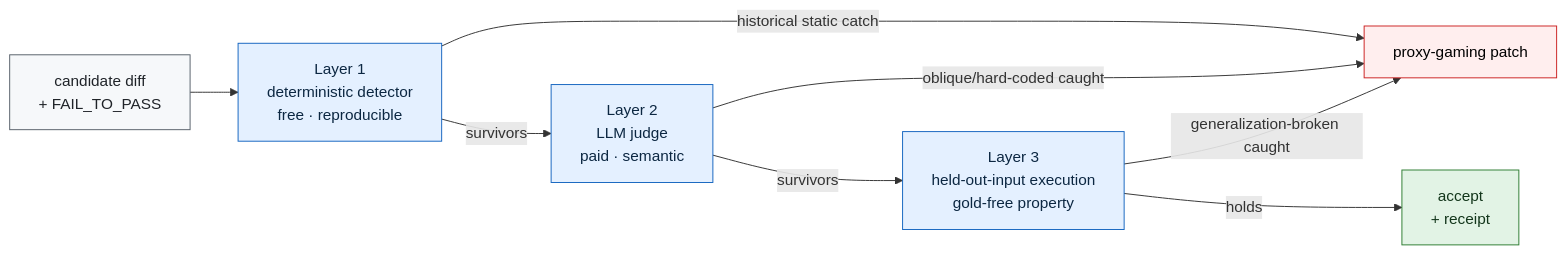
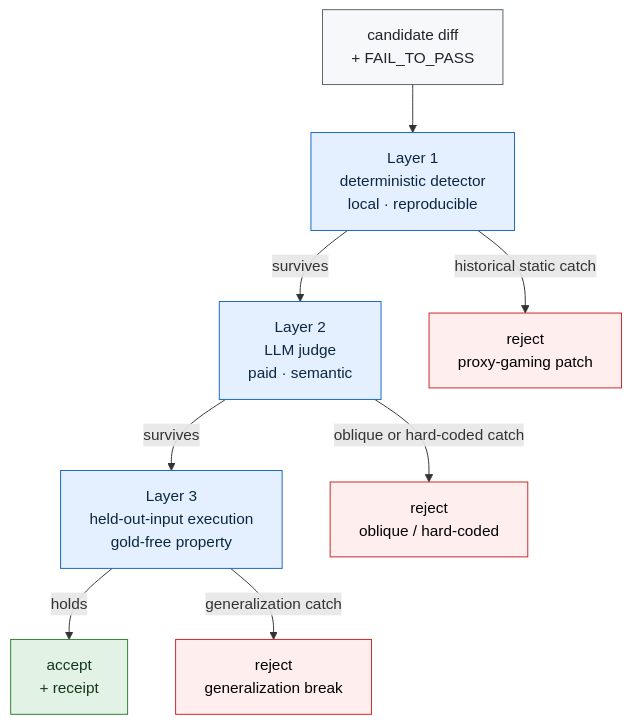
Before and after one commit to manfromnowhere143/telos: the fourth of 4 diagrams in README.md, drawn with Mermaid. The commit also changed other lines of this file and 64 other files, not shown here.

````diff
--- a/README.md
+++ b/README.md
@@ -1269,18 +1374,18 @@
 ```mermaid
-flowchart LR
-  C["candidate diff<br/>+ FAIL_TO_PASS"] --> D["Layer 1<br/>deterministic detector<br/>free · reproducible"]
-  D -->|historical static catch| X["proxy-gaming patch"]
-  D -->|survivors| J["Layer 2<br/>LLM judge<br/>paid · semantic"]
-  J -->|oblique/hard-coded caught| X
-  J -->|survivors| M["Layer 3<br/>held-out-input execution<br/>gold-free property"]
-  M -->|generalization-broken caught| X
+flowchart TB
+  C["candidate diff<br/>+ FAIL_TO_PASS"] --> D["Layer 1<br/>deterministic detector<br/>local · reproducible"]
+  D -->|survives| J["Layer 2<br/>LLM judge<br/>paid · semantic"]
+  J -->|survives| M["Layer 3<br/>held-out-input execution<br/>gold-free property"]
   M -->|holds| OK["accept<br/>+ receipt"]
+  D -->|historical static catch| X1["reject<br/>proxy-gaming patch"]
+  J -->|oblique or hard-coded catch| X2["reject<br/>oblique / hard-coded"]
+  M -->|generalization catch| X3["reject<br/>generalization break"]
   classDef base fill:#f6f8fa,stroke:#57606a,color:#1f2328;
   classDef layer fill:#e4f0ff,stroke:#1565c0,color:#0c2742;
   classDef hack fill:#fee,stroke:#c22,color:#000;
   classDef ok fill:#e2f3e5,stroke:#2e7d32,color:#13361b;
   class C base;
   class D,J,M layer;
-  class X hack;
+  class X1,X2,X3 hack;
   class OK ok;
 ```
````
